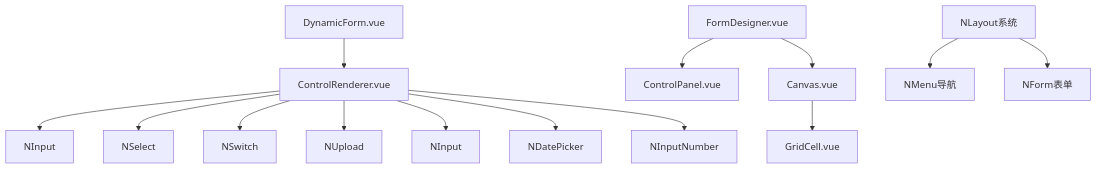
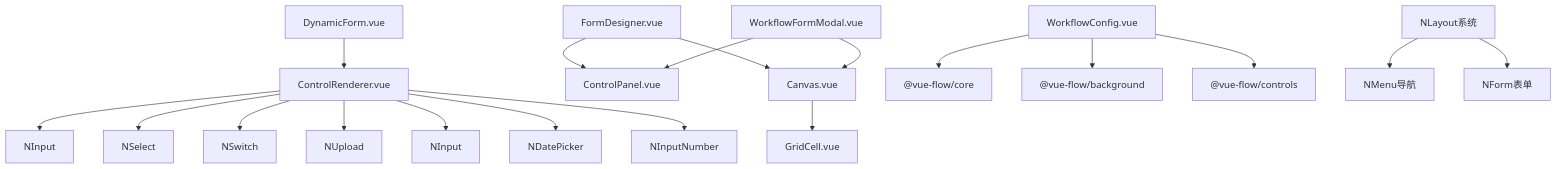
One commit to NJMrLi/genetics changed the eighth of 8 diagrams in .qoder/repowiki/zh/content/前端架构设计/前端架构设计.md. Above: the diagram before and after it, drawn with Mermaid. The commit also changed other lines of this file and 21 other files, not shown here.

````diff
--- a/.qoder/repowiki/zh/content/前端架构设计/前端架构设计.md
+++ b/.qoder/repowiki/zh/content/前端架构设计/前端架构设计.md
@@ -346,16 +456,21 @@
 ```mermaid
 graph TB
 Dyn["DynamicForm.vue"] --> Ren["ControlRenderer.vue"]
 Ren --> C1["NInput"]
 Ren --> C2["NSelect"]
 Ren --> C3["NSwitch"]
 Ren --> C4["NUpload"]
 Ren --> C5["NInput"]
 Ren --> C6["NDatePicker"]
 Ren --> C7["NInputNumber"]
 DS["FormDesigner.vue"] --> CP["ControlPanel.vue"]
 DS --> CAN["Canvas.vue"]
 CAN --> GC["GridCell.vue"]
+WC["WorkflowConfig.vue"] --> VF["@vue-flow/core"]
+WC --> BG["@vue-flow/background"]
+WC --> CTRL["@vue-flow/controls"]
+WFM["WorkflowFormModal.vue"] --> CP
+WFM --> CAN
 LAYOUT["NLayout系统"] --> MENU["NMenu导航"]
 LAYOUT --> FORM["NForm表单"]
 ```
````
